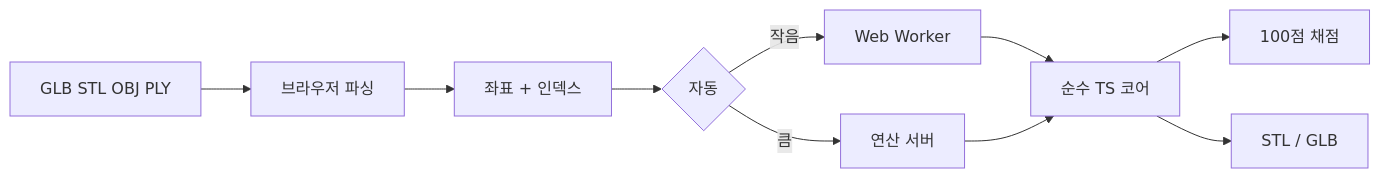
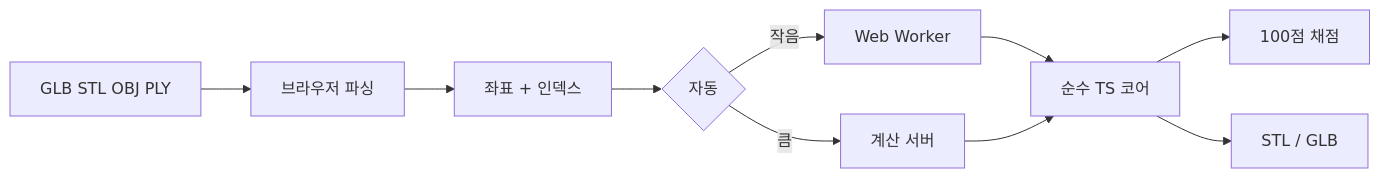
One commit to JunnnnyWon/meshcap changed the diagram in README.md. Above: the diagram before and after it, drawn with Mermaid. The commit also changed other lines of this file and 28 other files, not shown here.

````diff
--- a/README.md
+++ b/README.md
@@ -133,12 +133,12 @@
 ```mermaid
 flowchart LR
   A[GLB STL OBJ PLY] --> B[브라우저 파싱]
   B --> C[좌표 + 인덱스]
   C --> D{자동}
   D -->|작음| E[Web Worker]
-  D -->|큼| F[연산 서버]
+  D -->|큼| F[계산 서버]
   E --> G[순수 TS 코어]
   F --> G
   G --> H[100점 채점]
   G --> I[STL / GLB]
 ```
````
